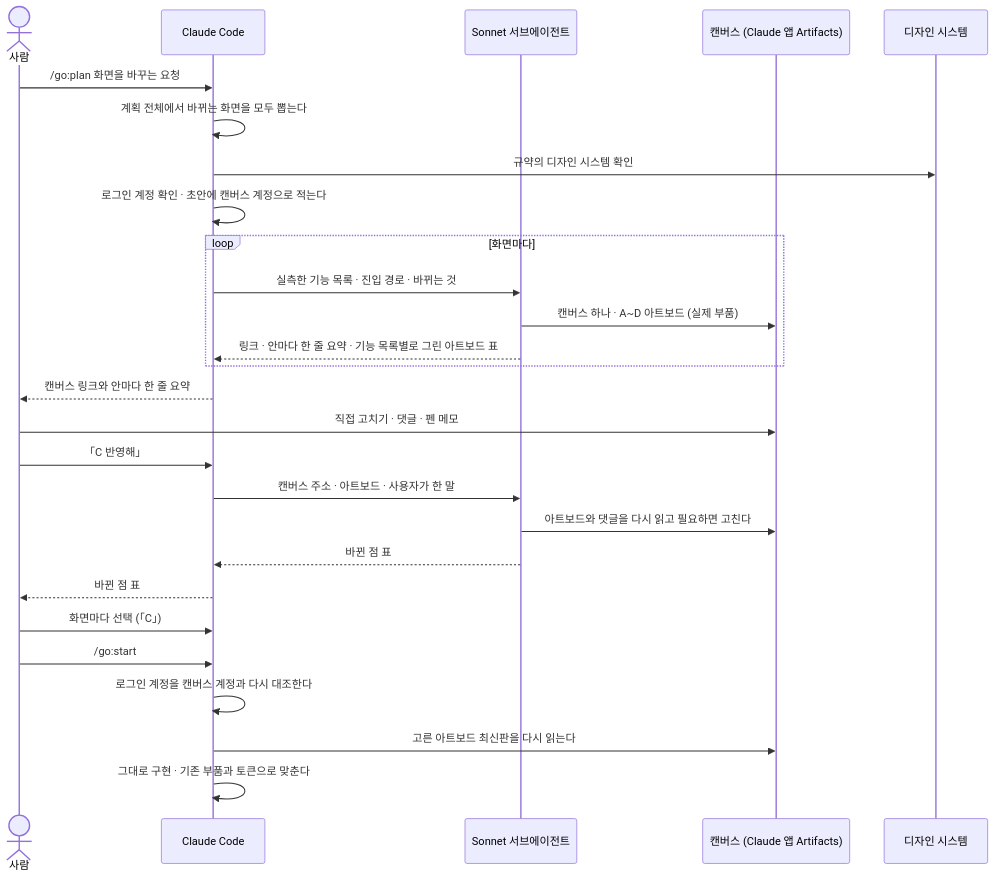
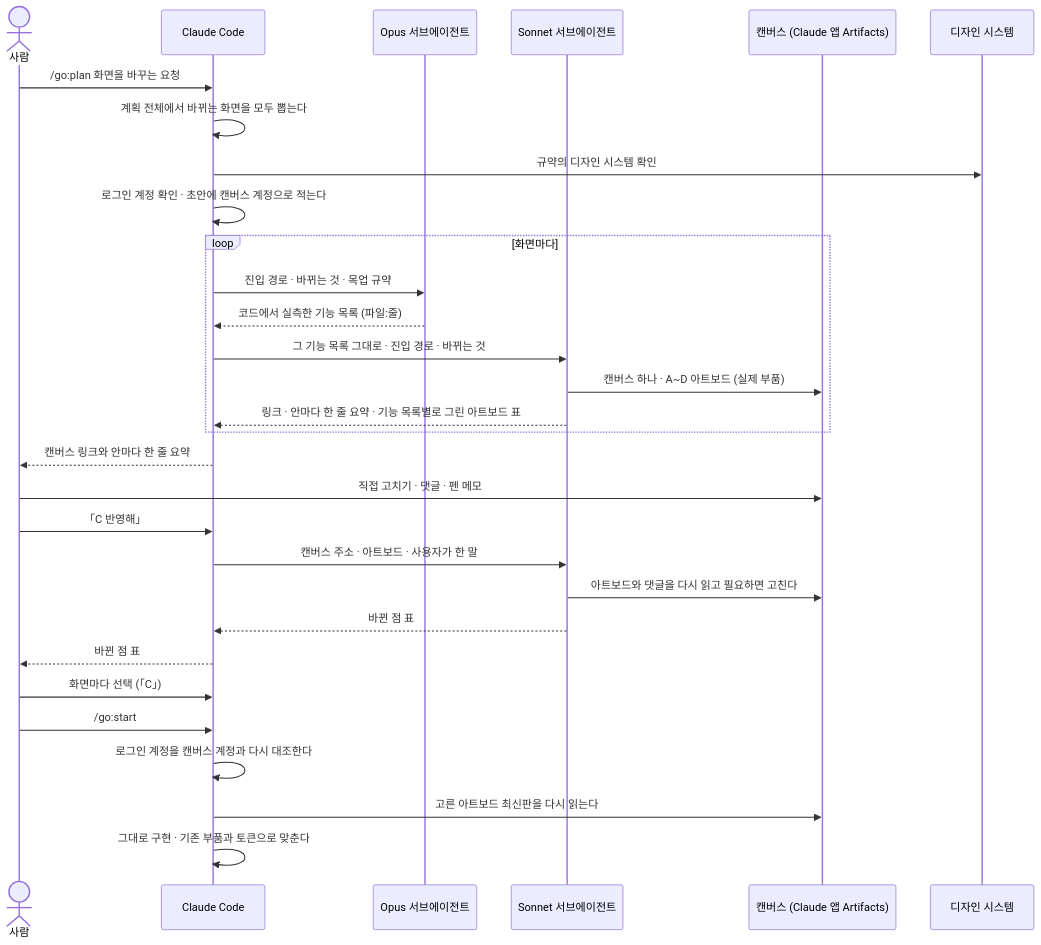
One commit to jwjinn/go-skill changed the second of 4 diagrams in README.md. Above: the diagram before and after it, drawn with Mermaid. The commit also changed other lines of this file and 3 other files, not shown here.

````diff
--- a/README.md
+++ b/README.md
@@ -144,30 +144,33 @@
 ```mermaid
 sequenceDiagram
     actor 사람
     participant CC as Claude Code
+    participant OA as Opus 서브에이전트
     participant SA as Sonnet 서브에이전트
     participant CV as 캔버스 (Claude 앱 Artifacts)
     participant DS as 디자인 시스템
 
     사람->>CC: /go:plan 화면을 바꾸는 요청
     CC->>CC: 계획 전체에서 바뀌는 화면을 모두 뽑는다
     CC->>DS: 규약의 디자인 시스템 확인
     CC->>CC: 로그인 계정 확인 · 초안에 캔버스 계정으로 적는다
     loop 화면마다
-        CC->>SA: 실측한 기능 목록 · 진입 경로 · 바뀌는 것
+        CC->>OA: 진입 경로 · 바뀌는 것 · 목업 규약
+        OA-->>CC: 코드에서 실측한 기능 목록 (파일:줄)
+        CC->>SA: 그 기능 목록 그대로 · 진입 경로 · 바뀌는 것
         SA->>CV: 캔버스 하나 · A~D 아트보드 (실제 부품)
         SA-->>CC: 링크 · 안마다 한 줄 요약 · 기능 목록별로 그린 아트보드 표
     end
     CC-->>사람: 캔버스 링크와 안마다 한 줄 요약
     사람->>CV: 직접 고치기 · 댓글 · 펜 메모
     사람->>CC: 「C 반영해」
     CC->>SA: 캔버스 주소 · 아트보드 · 사용자가 한 말
     SA->>CV: 아트보드와 댓글을 다시 읽고 필요하면 고친다
     SA-->>CC: 바뀐 점 표
     CC-->>사람: 바뀐 점 표
     사람->>CC: 화면마다 선택 (「C」)
     사람->>CC: /go:start
     CC->>CC: 로그인 계정을 캔버스 계정과 다시 대조한다
     CC->>CV: 고른 아트보드 최신판을 다시 읽는다
     CC->>CC: 그대로 구현 · 기존 부품과 토큰으로 맞춘다
 ```
````
